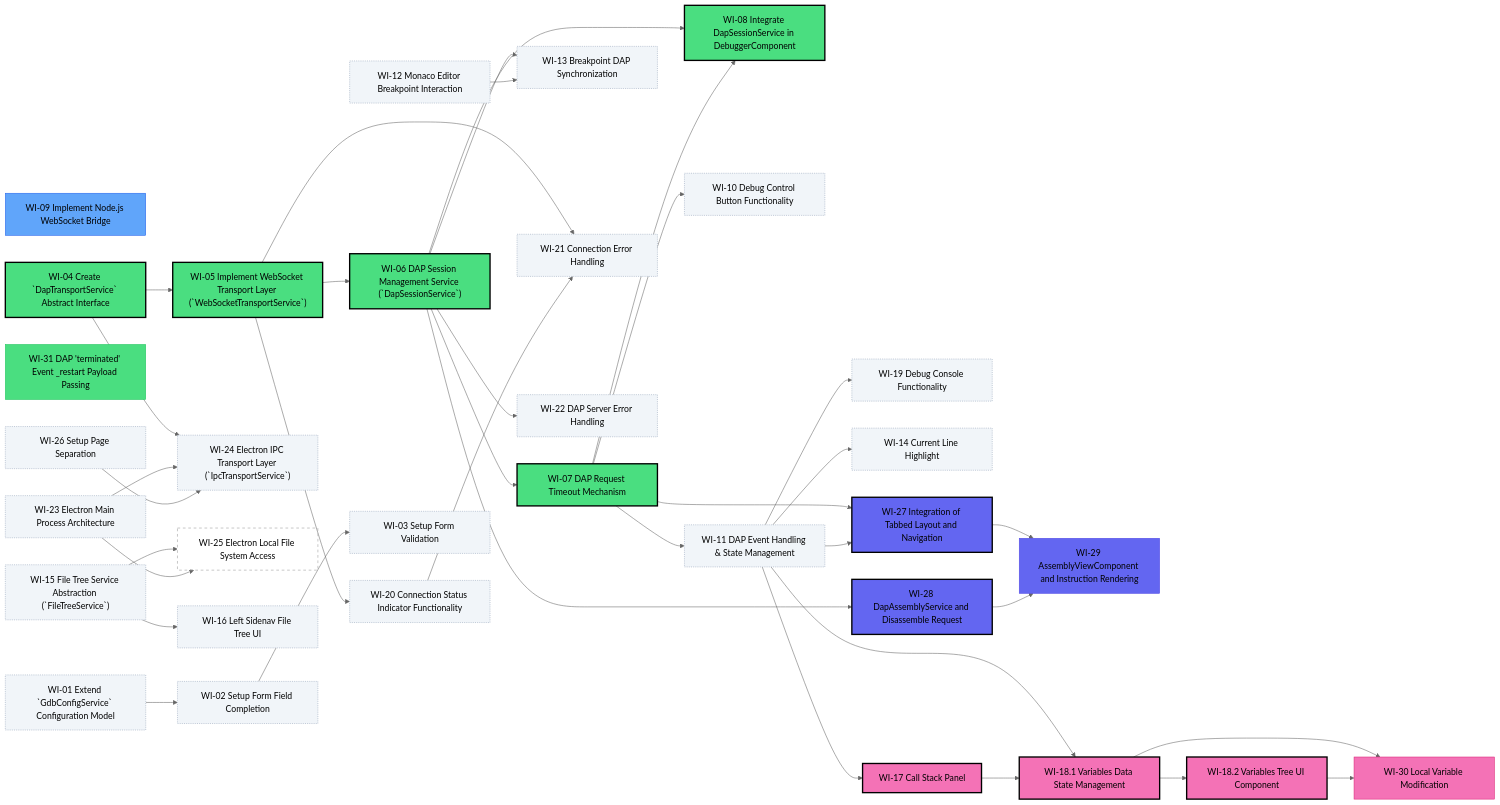
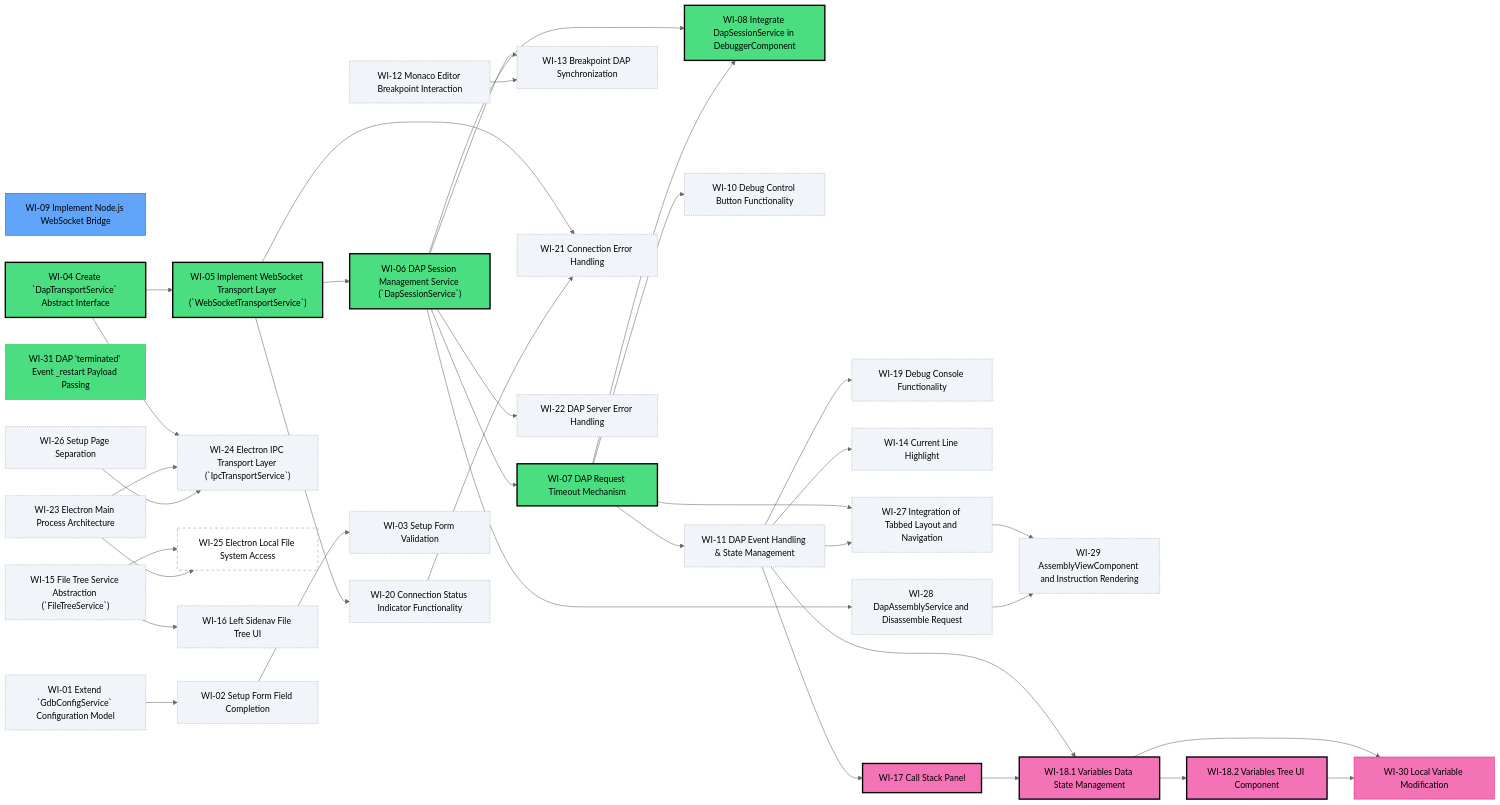
The diagram in docs/project-roadmap.md (tangpo387-arch/taro-debugger), drawn with Mermaid (neutral theme) before and after one commit. The commit also changed other lines of this file and 10 other files, not shown here.

```diff
--- a/docs/project-roadmap.md
+++ b/docs/project-roadmap.md
@@ -98,9 +98,9 @@
     style WI_22 fill:#f1f5f9,stroke:#94a3b8,stroke-width:1px,stroke-dasharray:2
     style WI_15 fill:#f1f5f9,stroke:#94a3b8,stroke-width:1px,stroke-dasharray:2
     style WI_16 fill:#f1f5f9,stroke:#94a3b8,stroke-width:1px,stroke-dasharray:2
-    style WI_27 fill:#6366f1,stroke:#000,stroke-width:2.5px
-    style WI_28 fill:#6366f1,stroke:#000,stroke-width:2.5px
-    style WI_29 fill:#6366f1,stroke:#4f46e5
+    style WI_27 fill:#f1f5f9,stroke:#94a3b8,stroke-width:1px,stroke-dasharray:2
+    style WI_28 fill:#f1f5f9,stroke:#94a3b8,stroke-width:1px,stroke-dasharray:2
+    style WI_29 fill:#f1f5f9,stroke:#94a3b8,stroke-width:1px,stroke-dasharray:2
     style WI_01 fill:#f1f5f9,stroke:#94a3b8,stroke-width:1px,stroke-dasharray:2
     style WI_02 fill:#f1f5f9,stroke:#94a3b8,stroke-width:1px,stroke-dasharray:2
     style WI_03 fill:#f1f5f9,stroke:#94a3b8,stroke-width:1px,stroke-dasharray:2
```
